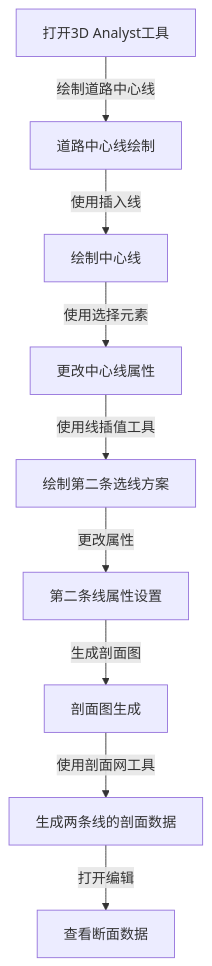
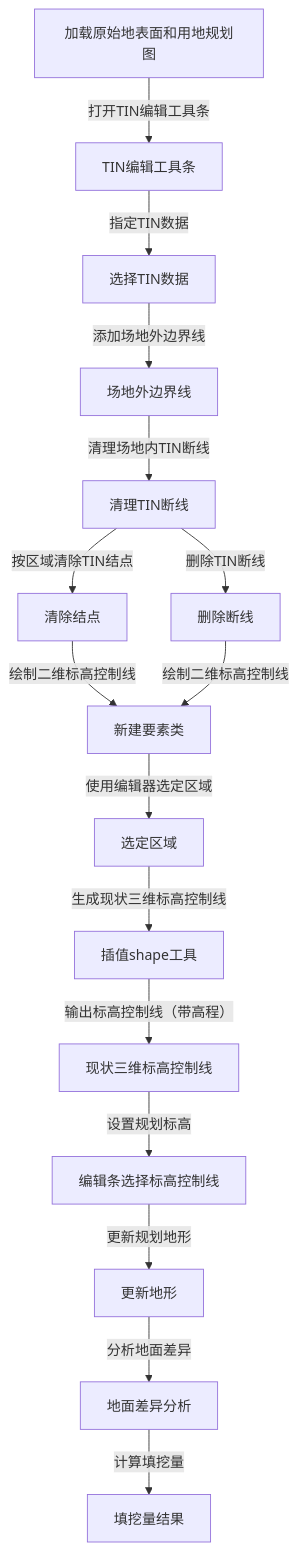
The diagram in all/未命名.md (newguser/iodraw-files), drawn with Mermaid before and after one commit.

Commit message:
2025-02-27 22:17:53 update

````diff
--- a/all/未命名.md
+++ b/all/未命名.md
@@ -1,11 +1,18 @@
 ```mermaid
 graph TD
-    A[打开3D Analyst工具] -->|绘制道路中心线| B[道路中心线绘制]
-    B -->|使用插入线| C[绘制中心线]
-    C -->|使用选择元素| D[更改中心线属性]
-    D -->|使用线插值工具| E[绘制第二条选线方案]
-    E -->|更改属性| F[第二条线属性设置]
-    F -->|生成剖面图| G[剖面图生成]
-    G -->|使用剖面网工具| H[生成两条线的剖面数据]
-    H -->|打开编辑| I[查看断面数据]
+    A[加载原始地表面和用地规划图] -->|打开TIN编辑工具条| B[TIN编辑工具条]
+    B -->|指定TIN数据| C[选择TIN数据]
+    C -->|添加场地外边界线| D[场地外边界线]
+    D -->|清理场地内TIN断线| E[清理TIN断线]
+    E -->|按区域清除TIN结点| F[清除结点]
+    E -->|删除TIN断线| G[删除断线]
+    F -->|绘制二维标高控制线| H[新建要素类]
+    G -->|绘制二维标高控制线| H
+    H -->|使用编辑器选定区域| I[选定区域]
+    I -->|生成现状三维标高控制线| J[插值shape工具]
+    J -->|输出标高控制线（带高程）| K[现状三维标高控制线]
+    K -->|设置规划标高| L[编辑条选择标高控制线]
+    L -->|更新规划地形| M[更新地形]
+    M -->|分析地面差异| N[地面差异分析]
+    N -->|计算填挖量| O[填挖量结果]
 ```
````
